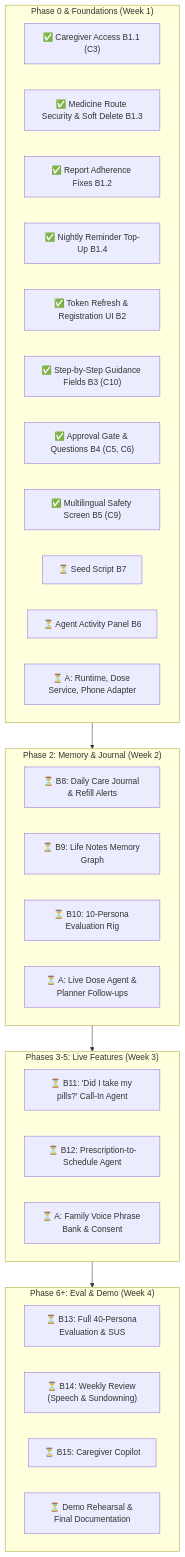
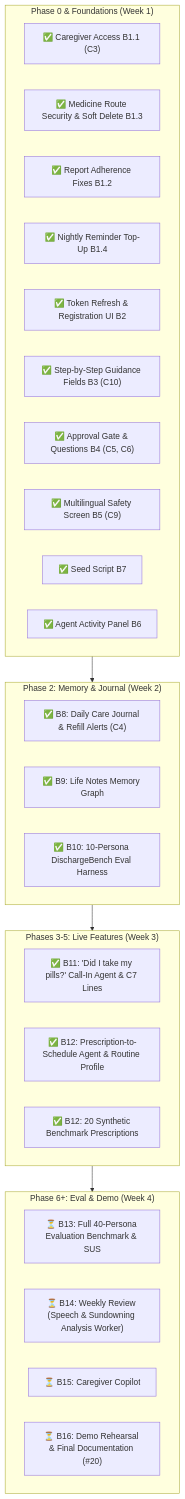
Before and after one commit to shravanidhus31/MedTime: the diagram in docs/OVERALL_PROJECT_STATUS.md, drawn with Mermaid. The commit also changed other lines of this file and 30 other files, not shown here.

Commit message:
B11 B12: RoutineProfileEditor, PrescriptionReviewPanel, C7 callin phrase bank, 20 synthetic benchmark prescriptions

````diff
--- a/docs/OVERALL_PROJECT_STATUS.md
+++ b/docs/OVERALL_PROJECT_STATUS.md
@@ -21,38 +21,36 @@
 ```mermaid
 flowchart TD
     subgraph S1["Phase 0 & Foundations (Week 1)"]
         D1["✅ Caregiver Access B1.1 (C3)"]
         D2["✅ Medicine Route Security & Soft Delete B1.3"]
         D3["✅ Report Adherence Fixes B1.2"]
         D4["✅ Nightly Reminder Top-Up B1.4"]
         D5["✅ Token Refresh & Registration UI B2"]
         D6["✅ Step-by-Step Guidance Fields B3 (C10)"]
         D7["✅ Approval Gate & Questions B4 (C5, C6)"]
         D8["✅ Multilingual Safety Screen B5 (C9)"]
-        D9["⏳ Seed Script B7"]
-        D10["⏳ Agent Activity Panel B6"]
-        A0["⏳ A: Runtime, Dose Service, Phone Adapter"]
+        D9["✅ Seed Script B7"]
+        D10["✅ Agent Activity Panel B6"]
     end
 
     subgraph S2["Phase 2: Memory & Journal (Week 2)"]
-        B8["⏳ B8: Daily Care Journal & Refill Alerts"]
-        B9["⏳ B9: Life Notes Memory Graph"]
-        B10["⏳ B10: 10-Persona Evaluation Rig"]
-        A4["⏳ A: Live Dose Agent & Planner Follow-ups"]
+        B8["✅ B8: Daily Care Journal & Refill Alerts (C4)"]
+        B9["✅ B9: Life Notes Memory Graph"]
+        B10["✅ B10: 10-Persona DischargeBench Eval Harness"]
     end
 
     subgraph S3["Phases 3-5: Live Features (Week 3)"]
-        B11["⏳ B11: 'Did I take my pills?' Call-In Agent"]
-        B12["⏳ B12: Prescription-to-Schedule Agent"]
-        A5["⏳ A: Family Voice Phrase Bank & Consent"]
+        B11["✅ B11: 'Did I take my pills?' Call-In Agent & C7 Lines"]
+        B12["✅ B12: Prescription-to-Schedule Agent & Routine Profile"]
+        B12U["✅ B12: 20 Synthetic Benchmark Prescriptions"]
     end
 
     subgraph S4["Phase 6+: Eval & Demo (Week 4)"]
-        B13["⏳ B13: Full 40-Persona Evaluation & SUS"]
-        B14["⏳ B14: Weekly Review (Speech & Sundowning)"]
+        B13["⏳ B13: Full 40-Persona Evaluation Benchmark & SUS"]
+        B14["⏳ B14: Weekly Review (Speech & Sundowning Analysis Worker)"]
         B15["⏳ B15: Caregiver Copilot"]
-        DEMO["⏳ Demo Rehearsal & Final Documentation"]
+        B16["⏳ B16: Demo Rehearsal & Final Documentation (#20)"]
     end
 
     S1 --> S2 --> S3 --> S4
 ```
````
